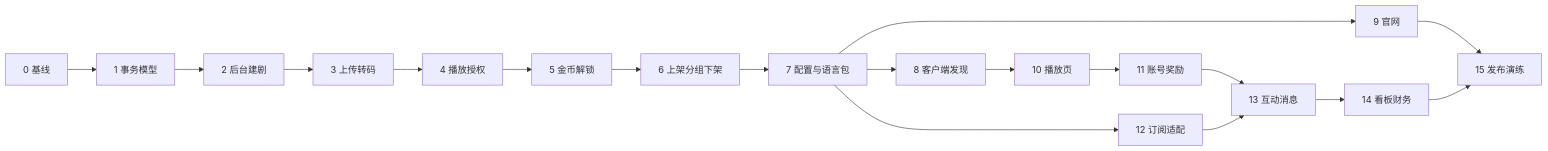
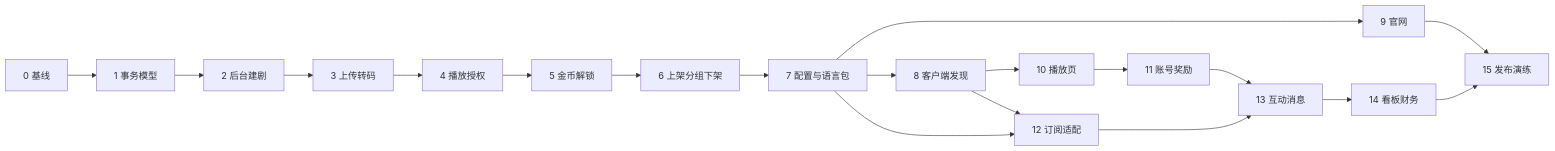
Before and after one commit to xuliang2024/minitv: the diagram in docs/development-plan.md, drawn with Mermaid. The commit also changed other lines of this file and 3 other files, not shown here.

````diff
--- a/docs/development-plan.md
+++ b/docs/development-plan.md
@@ -179,20 +179,21 @@
 ```mermaid
 flowchart LR
     P0[0 基线] --> P1[1 事务模型]
     P1 --> P2[2 后台建剧]
     P2 --> P3[3 上传转码]
     P3 --> P4[4 播放授权]
     P4 --> P5[5 金币解锁]
     P5 --> P6[6 上架分组下架]
     P6 --> P7[7 配置与语言包]
     P7 --> P8[8 客户端发现]
     P7 --> P9[9 官网]
     P8 --> P10[10 播放页]
+    P8 --> P12[12 订阅适配]
     P10 --> P11[11 账号奖励]
-    P7 --> P12[12 订阅适配]
+    P7 --> P12
     P11 --> P13[13 互动消息]
     P12 --> P13
     P13 --> P14[14 看板财务]
     P9 --> P15[15 发布演练]
     P14 --> P15
 ```
````
